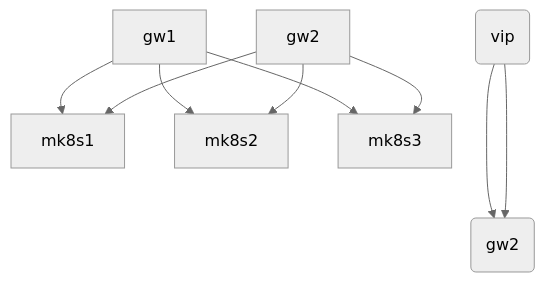
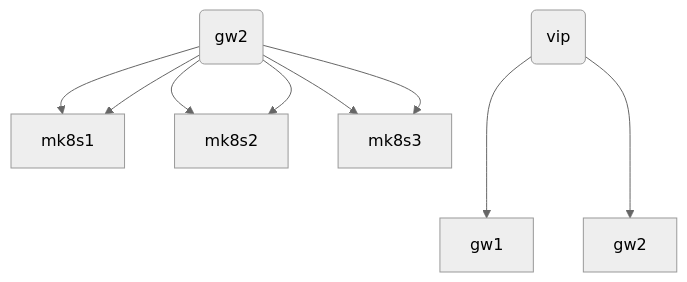
Before and after one commit to PrimeEuler/microcloud: the diagram in README.md, drawn with Mermaid (neutral theme).

````diff
--- a/README.md
+++ b/README.md
@@ -4,11 +4,11 @@
 ```mermaid
 graph TD;
-    A(vip)--->B(gw1);
-    A(vip)--->B(gw2);
-    gw1-->mk8s1;
-    gw1-->mk8s2;
-    gw1-->mk8s3;
-    gw2-->mk8s1;
-    gw2-->mk8s2;
-    gw2-->mk8s3;
+    A(vip)--->gw1;
+    A(vip)--->gw2;
+    B(gw1)-->mk8s1;
+    B(gw1)-->mk8s2;
+    B(gw1)-->mk8s3;
+    B(gw2)-->mk8s1;
+    B(gw2)-->mk8s2;
+    B(gw2)-->mk8s3;
 ```
````
